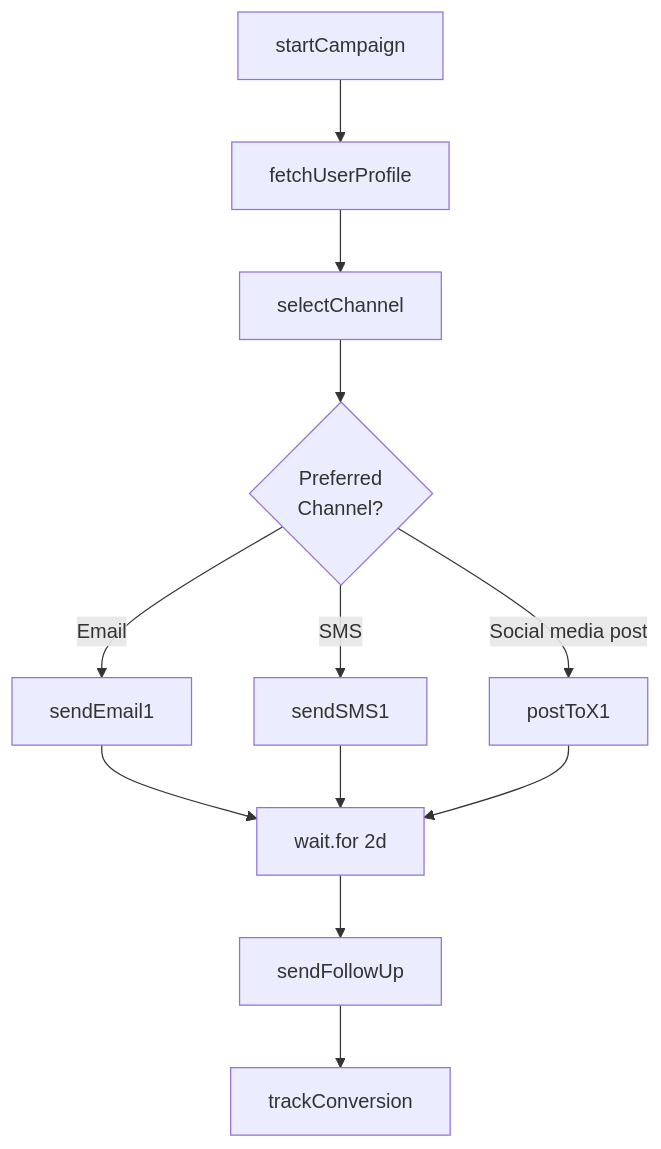
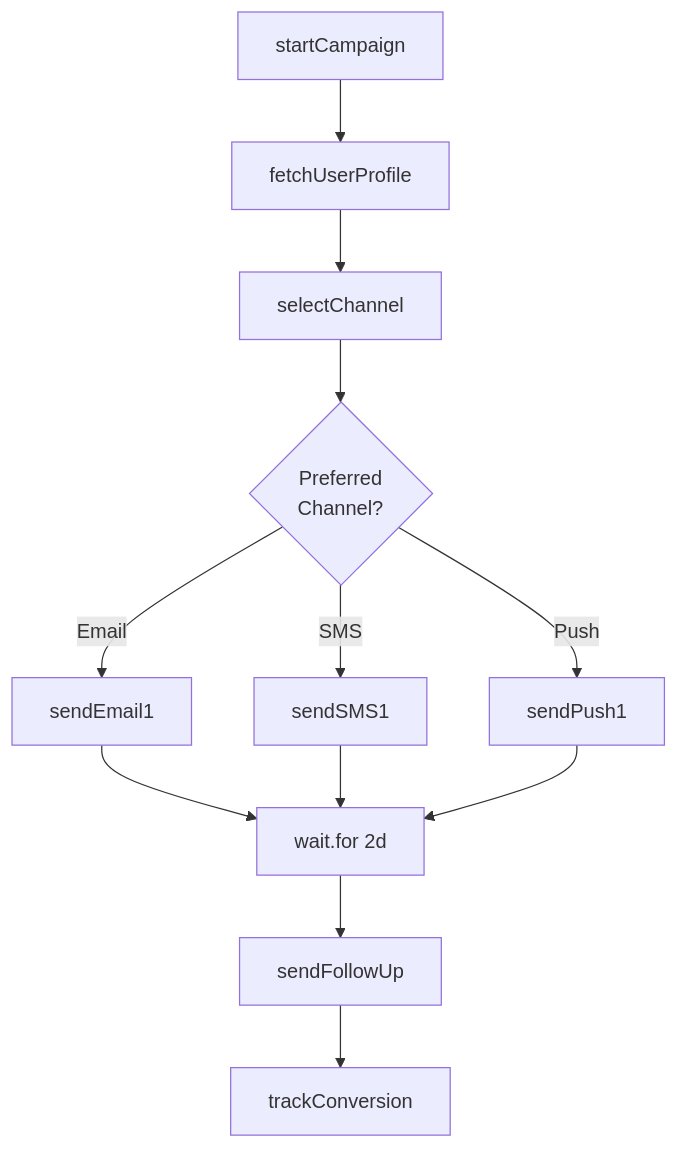
The second of 4 diagrams in docs/guides/use-cases/marketing.mdx (triggerdotdev/trigger.dev), drawn with Mermaid before and after one commit. The commit also changed other lines of this file and 2 other files, not shown here.

Commit message:
Further diagram improvements

````diff
--- a/docs/guides/use-cases/marketing.mdx
+++ b/docs/guides/use-cases/marketing.mdx
@@ -79,17 +81,17 @@
 ```mermaid
 graph TB
     A[startCampaign] --> B[fetchUserProfile]
     B --> C[selectChannel]
     C --> D{Preferred<br/>Channel?}
 
     D -->|Email| E[sendEmail1]
     D -->|SMS| F[sendSMS1]
-    D -->|Social media post| G[postToX1]
+    D -->|Push| G[sendPush1]
 
     E --> H[wait.for 2d]
     F --> H
     G --> H
 
     H --> I[sendFollowUp]
     I --> J[trackConversion]
 ```
````
